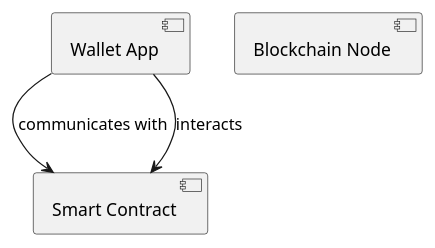
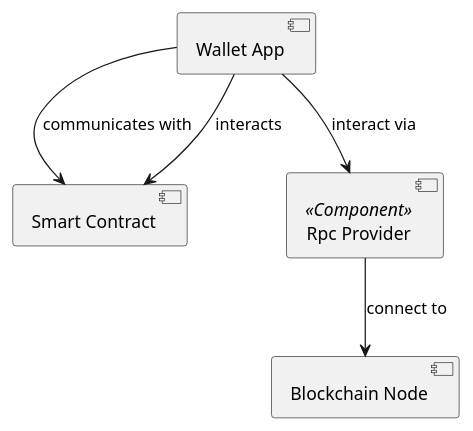
Before and after one commit to qamaruddin-qureshi/fyp-uml-diagram-generator: the diagram in user_stories/golden_puml/component/component_Structural_Case_36.puml, drawn with PlantUML. The commit also changed 22 other files, not shown here.

First line of the commit message:
feat: Enhance component diagram extraction with robust NLP and model optimization

```diff
--- a/user_stories/golden_puml/component/component_Structural_Case_36.puml
+++ b/user_stories/golden_puml/component/component_Structural_Case_36.puml
@@ -1,8 +1,11 @@
 @startuml
 skinparam componentStyle uml2
 component "Wallet App" as WalletApp
 component "Smart Contract" as SmartContract
 component "Blockchain Node" as BlockchainNode
+component "Rpc Provider" <<Component>> as RpcProvider
 WalletApp --> SmartContract : communicates with
 WalletApp --> SmartContract : interacts
+WalletApp --> RpcProvider : interact via
+RpcProvider --> BlockchainNode : connect to
 @enduml
```
